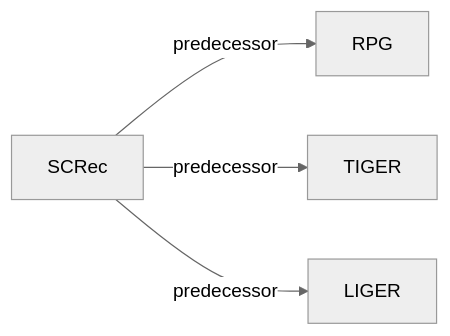
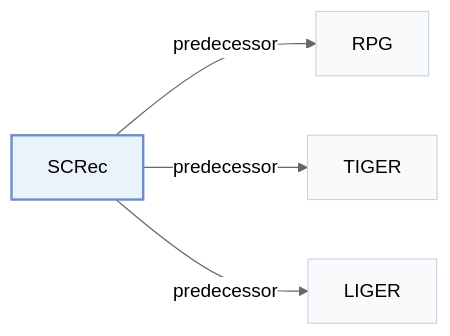
The second of 2 diagrams in pages/papers/screc.md (Galaxy-ghost/Awesome-SID-Generative-Rec), drawn with Mermaid (neutral theme) before and after one commit. The commit also changed other lines of this file and 649 other files, not shown here.

Commit message:
writer-05: also tags and modality index (schema, check, build, visuals); summary field removed; calibration data for 12 papers

````diff
--- a/pages/papers/screc.md
+++ b/pages/papers/screc.md
@@ -68,7 +74,11 @@
 ```mermaid
 flowchart LR
     P["SCRec"]
-    P -->|predecessor| A["RPG"]
-    P -->|predecessor| B["TIGER"]
-    P -->|predecessor| C["LIGER"]
+    P -->|"predecessor"| A["RPG"]
+    P -->|"predecessor"| B["TIGER"]
+    P -->|"predecessor"| C["LIGER"]
+    classDef main fill:#eaf2fb,stroke:#6b8fc7,stroke-width:2px
+    classDef peer fill:#f8fafc,stroke:#cbd5e1
+    class P main
+    class A,B,C peer
 ```
````
